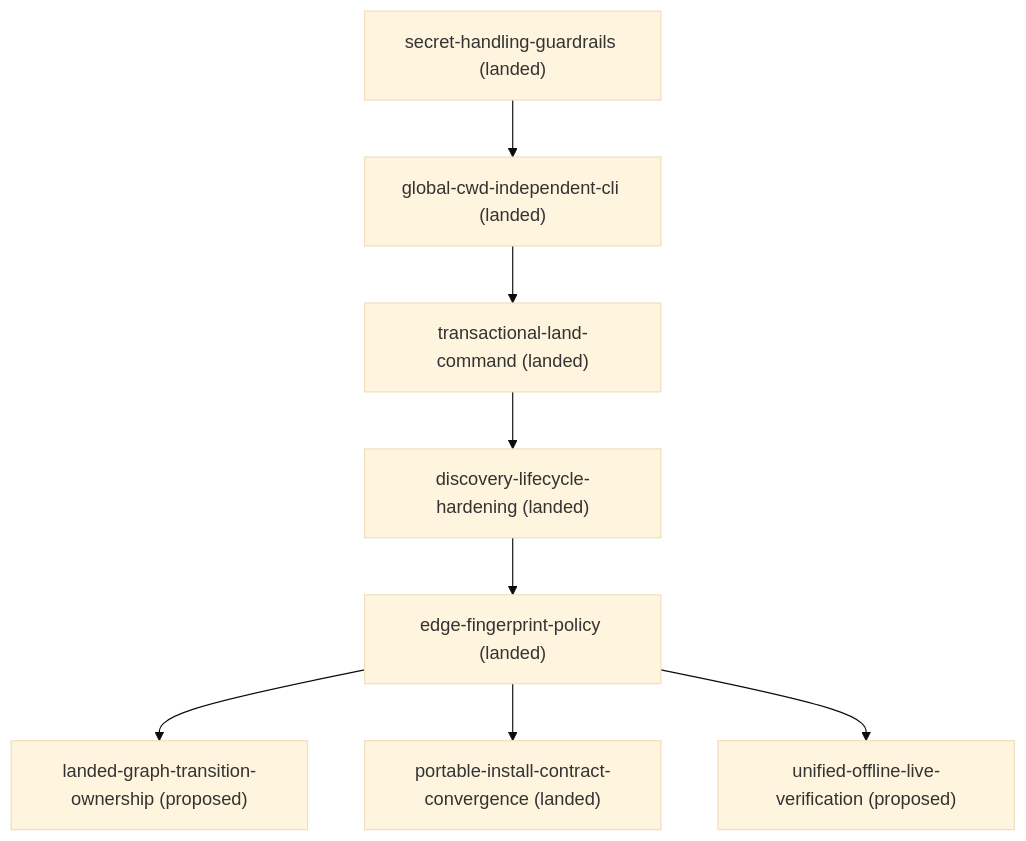
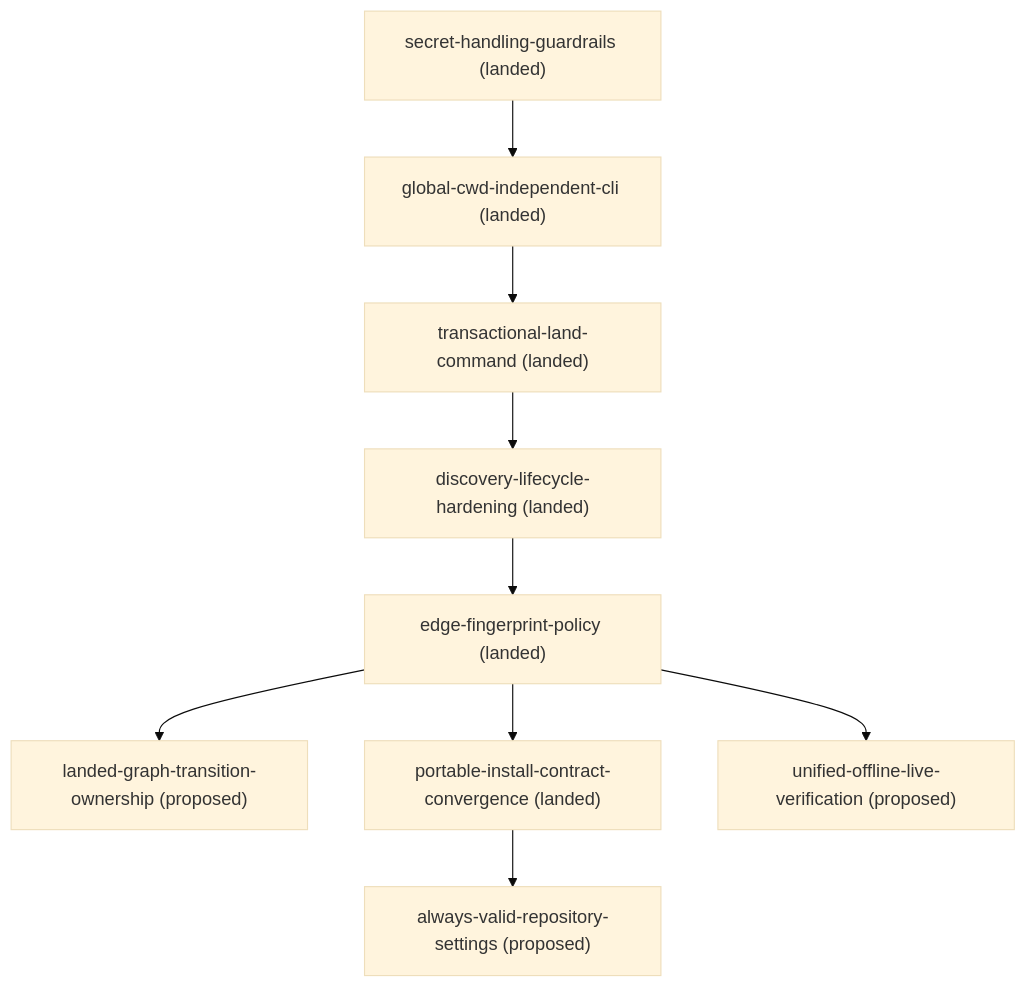
The diagram in docs/roadmap.md (kli66/doc-contract), drawn with Mermaid (base theme) before and after one commit. The commit also changed other lines of this file and 1 other file, not shown here.

Commit message:
docs: propose always-valid repository settings

````diff
--- a/docs/roadmap.md
+++ b/docs/roadmap.md
@@ -35,18 +38,20 @@
 ```mermaid
 flowchart TD
+    always_valid_repository_settings["always-valid-repository-settings (proposed)"]
     discovery_lifecycle_hardening["discovery-lifecycle-hardening (landed)"]
     edge_fingerprint_policy["edge-fingerprint-policy (landed)"]
     global_cwd_independent_cli["global-cwd-independent-cli (landed)"]
     landed_graph_transition_ownership["landed-graph-transition-ownership (proposed)"]
     portable_install_contract_convergence["portable-install-contract-convergence (landed)"]
     secret_handling_guardrails["secret-handling-guardrails (landed)"]
     transactional_land_command["transactional-land-command (landed)"]
     unified_offline_live_verification["unified-offline-live-verification (proposed)"]
     discovery_lifecycle_hardening --> edge_fingerprint_policy
     edge_fingerprint_policy --> landed_graph_transition_ownership
     edge_fingerprint_policy --> portable_install_contract_convergence
     edge_fingerprint_policy --> unified_offline_live_verification
     global_cwd_independent_cli --> transactional_land_command
+    portable_install_contract_convergence --> always_valid_repository_settings
     secret_handling_guardrails --> global_cwd_independent_cli
     transactional_land_command --> discovery_lifecycle_hardening
 ```
````
